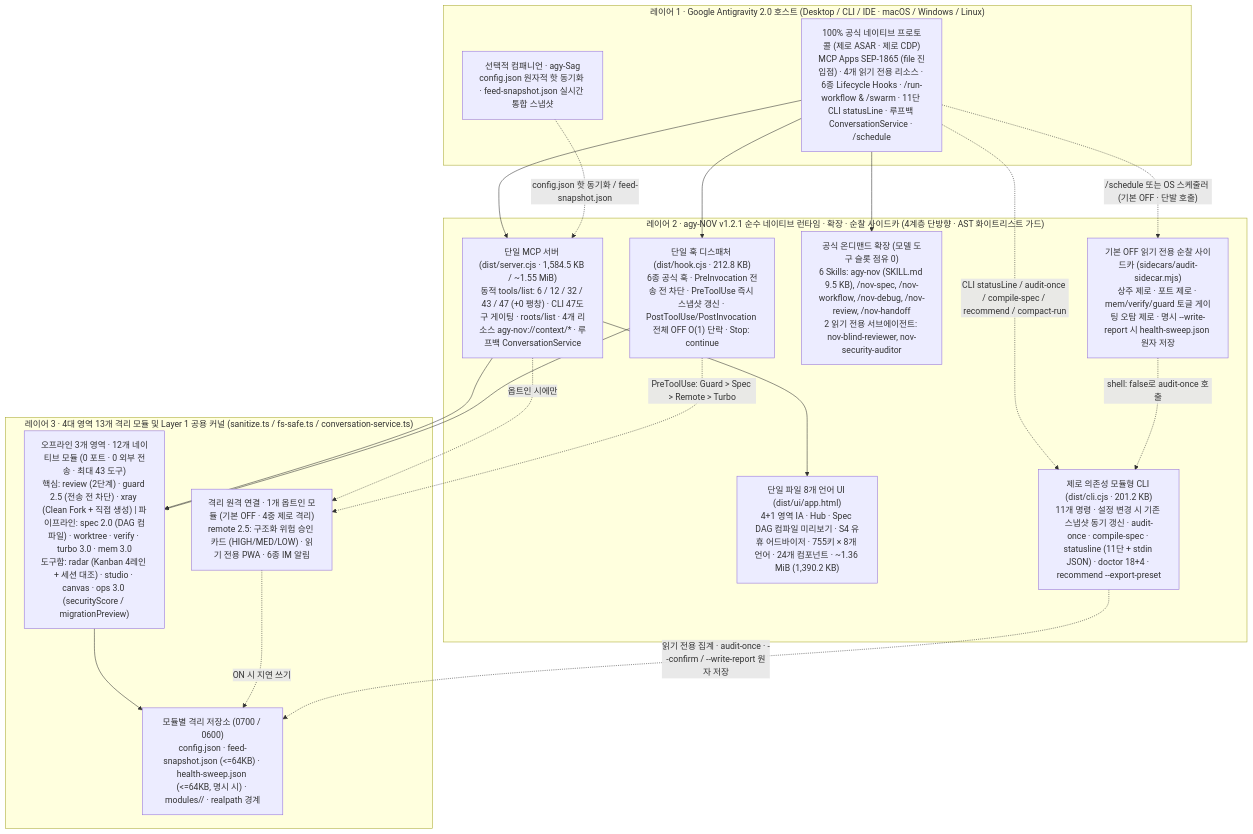
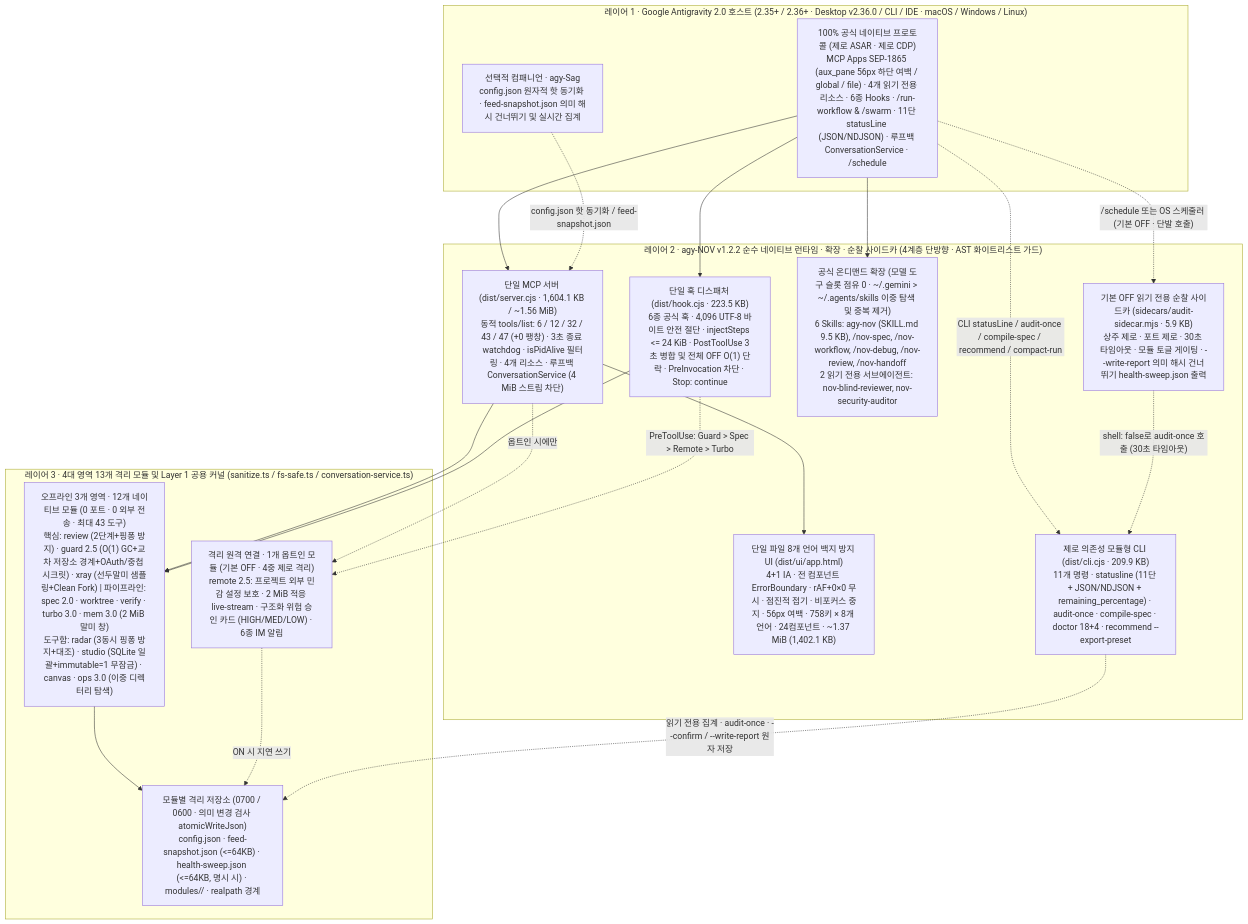
Before and after one commit to tone-leh/agy-NOV: the diagram in docs/i18n/README.ko.md, drawn with Mermaid. The commit also changed other lines of this file and 96 other files, not shown here.

Commit message:
feat(v1.2.2): extreme-load stability hardening, write-storm suppression & Antigravity v2.36.0 compatibility

````diff
--- a/docs/i18n/README.ko.md
+++ b/docs/i18n/README.ko.md
@@ -268,38 +280,38 @@
 ```mermaid
 flowchart TB
-  subgraph L1["레이어 1 · Google Antigravity 2.0 호스트 (Desktop / CLI / IDE · macOS / Windows / Linux)"]
-    Host["100% 공식 네이티브 프로토콜 (제로 ASAR · 제로 CDP)\nMCP Apps SEP-1865 (file 진입점) · 4개 읽기 전용 리소스 · 6종 Lifecycle Hooks · /run-workflow & /swarm · 11단 CLI statusLine · 루프백 ConversationService · /schedule"]
-    Sag["선택적 컴패니언 · agy-Sag\nconfig.json 원자적 핫 동기화 · feed-snapshot.json 실시간 통합 스냅샷"]
+  subgraph L1["레이어 1 · Google Antigravity 2.0 호스트 (2.35+ / 2.36+ · Desktop v2.36.0 / CLI / IDE · macOS / Windows / Linux)"]
+    Host["100% 공식 네이티브 프로토콜 (제로 ASAR · 제로 CDP)\nMCP Apps SEP-1865 (aux_pane 56px 하단 여백 / global / file) · 4개 읽기 전용 리소스 · 6종 Hooks · /run-workflow & /swarm · 11단 statusLine (JSON/NDJSON) · 루프백 ConversationService · /schedule"]
+    Sag["선택적 컴패니언 · agy-Sag\nconfig.json 원자적 핫 동기화 · feed-snapshot.json 의미 해시 건너뛰기 및 실시간 집계"]
   end
 
-  subgraph L2["레이어 2 · agy-NOV v1.2.1 순수 네이티브 런타임 · 확장 · 순찰 사이드카 (4계층 단방향 · AST 화이트리스트 가드)"]
-    MCP["단일 MCP 서버 (dist/server.cjs · 1,584.5 KB / ~1.55 MiB)\n동적 tools/list: 6 / 12 / 32 / 43 / 47 (+0 팽창) · CLI 47도구 게이팅 · roots/list · 4개 리소스 agy-nov://context/* · 루프백 ConversationService"]
-    Hook["단일 훅 디스패처 (dist/hook.cjs · 212.8 KB)\n6종 공식 훅 · PreInvocation 전송 전 차단 · PreToolUse 즉시 스냅샷 갱신 · PostToolUse/PostInvocation 전체 OFF O(1) 단락 · Stop: continue"]
-    UI["단일 파일 8개 언어 UI (dist/ui/app.html)\n4+1 영역 IA · Hub · Spec DAG 컴파일 미리보기 · S4 유휴 어드바이저 · 755키 × 8개 언어 · 24개 컴포넌트 · ~1.36 MiB (1,390.2 KB)"]
-    Ext["공식 온디맨드 확장 (모델 도구 슬롯 점유 0)\n6 Skills: agy-nov (SKILL.md 9.5 KB), /nov-spec, /nov-workflow, /nov-debug, /nov-review, /nov-handoff\n2 읽기 전용 서브에이전트: nov-blind-reviewer, nov-security-auditor"]
-    CLI["제로 의존성 모듈형 CLI (dist/cli.cjs · 201.2 KB)\n11개 명령 · 설정 변경 시 기존 스냅샷 동기 갱신 · audit-once · compile-spec · statusline (11단 + stdin JSON) · doctor 18+4 · recommend --export-preset"]
-    Sidecar["기본 OFF 읽기 전용 순찰 사이드카 (sidecars/audit-sidecar.mjs)\n상주 제로 · 포트 제로 · mem/verify/guard 토글 게이팅 오탐 제로 · 명시 --write-report 시 health-sweep.json 원자 저장"]
+  subgraph L2["레이어 2 · agy-NOV v1.2.2 순수 네이티브 런타임 · 확장 · 순찰 사이드카 (4계층 단방향 · AST 화이트리스트 가드)"]
+    MCP["단일 MCP 서버 (dist/server.cjs · 1,604.1 KB / ~1.56 MiB)\n동적 tools/list: 6 / 12 / 32 / 43 / 47 (+0 팽창) · 3초 종료 watchdog · isPidAlive 필터링 · 4개 리소스 · 루프백 ConversationService (4 MiB 스트림 차단)"]
+    Hook["단일 훅 디스패처 (dist/hook.cjs · 223.5 KB)\n6종 공식 훅 · 4,096 UTF-8 바이트 안전 절단 · injectSteps <= 24 KiB · PostToolUse 3초 병합 및 전체 OFF O(1) 단락 · PreInvocation 차단 · Stop: continue"]
+    UI["단일 파일 8개 언어 백지 방지 UI (dist/ui/app.html)\n4+1 IA · 전 컴포넌트 ErrorBoundary · rAF+0×0 무시 · 점진적 접기 · 비포커스 중지 · 56px 여백 · 758키 × 8개 언어 · 24컴포넌트 · ~1.37 MiB (1,402.1 KB)"]
+    Ext["공식 온디맨드 확장 (모델 도구 슬롯 점유 0 · ~/.gemini > ~/.agents/skills 이중 탐색 및 중복 제거)\n6 Skills: agy-nov (SKILL.md 9.5 KB), /nov-spec, /nov-workflow, /nov-debug, /nov-review, /nov-handoff\n2 읽기 전용 서브에이전트: nov-blind-reviewer, nov-security-auditor"]
+    CLI["제로 의존성 모듈형 CLI (dist/cli.cjs · 209.9 KB)\n11개 명령 · statusline (11단 + JSON/NDJSON + remaining_percentage) · audit-once · compile-spec · doctor 18+4 · recommend --export-preset"]
+    Sidecar["기본 OFF 읽기 전용 순찰 사이드카 (sidecars/audit-sidecar.mjs · 5.9 KB)\n상주 제로 · 포트 제로 · 30초 타임아웃 · 모듈 토글 게이팅 · --write-report 의미 해시 건너뛰기 health-sweep.json 출력"]
   end
 
   subgraph L3["레이어 3 · 4대 영역 13개 격리 모듈 및 Layer 1 공용 커널 (sanitize.ts / fs-safe.ts / conversation-service.ts)"]
-    T1["오프라인 3개 영역 · 12개 네이티브 모듈 (0 포트 · 0 외부 전송 · 최대 43 도구)\n핵심: review (2단계) · guard 2.5 (전송 전 차단) · xray (Clean Fork + 직접 생성) | 파이프라인: spec 2.0 (DAG 컴파일) · worktree · verify · turbo 3.0 · mem 3.0\n도구함: radar (Kanban 4레인 + 세션 대조) · studio · canvas · ops 3.0 (securityScore / migrationPreview)"]
-    T2R["격리 원격 연결 · 1개 옵트인 모듈 (기본 OFF · 4중 제로 격리)\nremote 2.5: 구조화 위험 승인 카드 (HIGH/MED/LOW) · 읽기 전용 PWA · 6종 IM 알림"]
-    Store["모듈별 격리 저장소 (0700 / 0600)\nconfig.json · feed-snapshot.json (<=64KB) · health-sweep.json (<=64KB, 명시 시) · modules/<id>/ · realpath 경계"]
+    T1["오프라인 3개 영역 · 12개 네이티브 모듈 (0 포트 · 0 외부 전송 · 최대 43 도구)\n핵심: review (2단계+핑퐁 방지) · guard 2.5 (O(1) GC+교차 저장소 경계+OAuth/중첩 시크릿) · xray (선두말미 샘플링+Clean Fork) | 파이프라인: spec 2.0 · worktree · verify · turbo 3.0 · mem 3.0 (2 MiB 말미 창)\n도구함: radar (3동시 핑퐁 방지+대조) · studio (SQLite 일괄+immutable=1 무잠금) · canvas · ops 3.0 (이중 디렉터리 탐색)"]
+    T2R["격리 원격 연결 · 1개 옵트인 모듈 (기본 OFF · 4중 제로 격리)\nremote 2.5: 프로젝트 외부 민감 설정 보호 · 2 MiB 적응 live-stream · 구조화 위험 승인 카드 (HIGH/MED/LOW) · 6종 IM 알림"]
+    Store["모듈별 격리 저장소 (0700 / 0600 · 의미 변경 검사 atomicWriteJson)\nconfig.json · feed-snapshot.json (<=64KB) · health-sweep.json (<=64KB, 명시 시) · modules/<id>/ · realpath 경계"]
   end
 
   Host --> MCP
   Host --> Hook
   Host --> Ext
   Host -. "CLI statusLine / audit-once / compile-spec / recommend / compact-run" .-> CLI
   Host -. "/schedule 또는 OS 스케줄러 (기본 OFF · 단발 호출)" .-> Sidecar
-  Sidecar -. "shell: false로 audit-once 호출" .-> CLI
+  Sidecar -. "shell: false로 audit-once 호출 (30초 타임아웃)" .-> CLI
   Sag -. "config.json 핫 동기화 / feed-snapshot.json" .-> MCP
   MCP --> UI
   MCP --> T1
   MCP -. "옵트인 시에만" .-> T2R
   Hook --> T1
   Hook -. "PreToolUse: Guard > Spec > Remote > Turbo" .-> T2R
   T1 --> Store
   T2R -. "ON 시 지연 쓰기" .-> Store
   CLI -. "읽기 전용 집계 · audit-once · --confirm / --write-report 원자 저장" .-> Store
 ```
````
